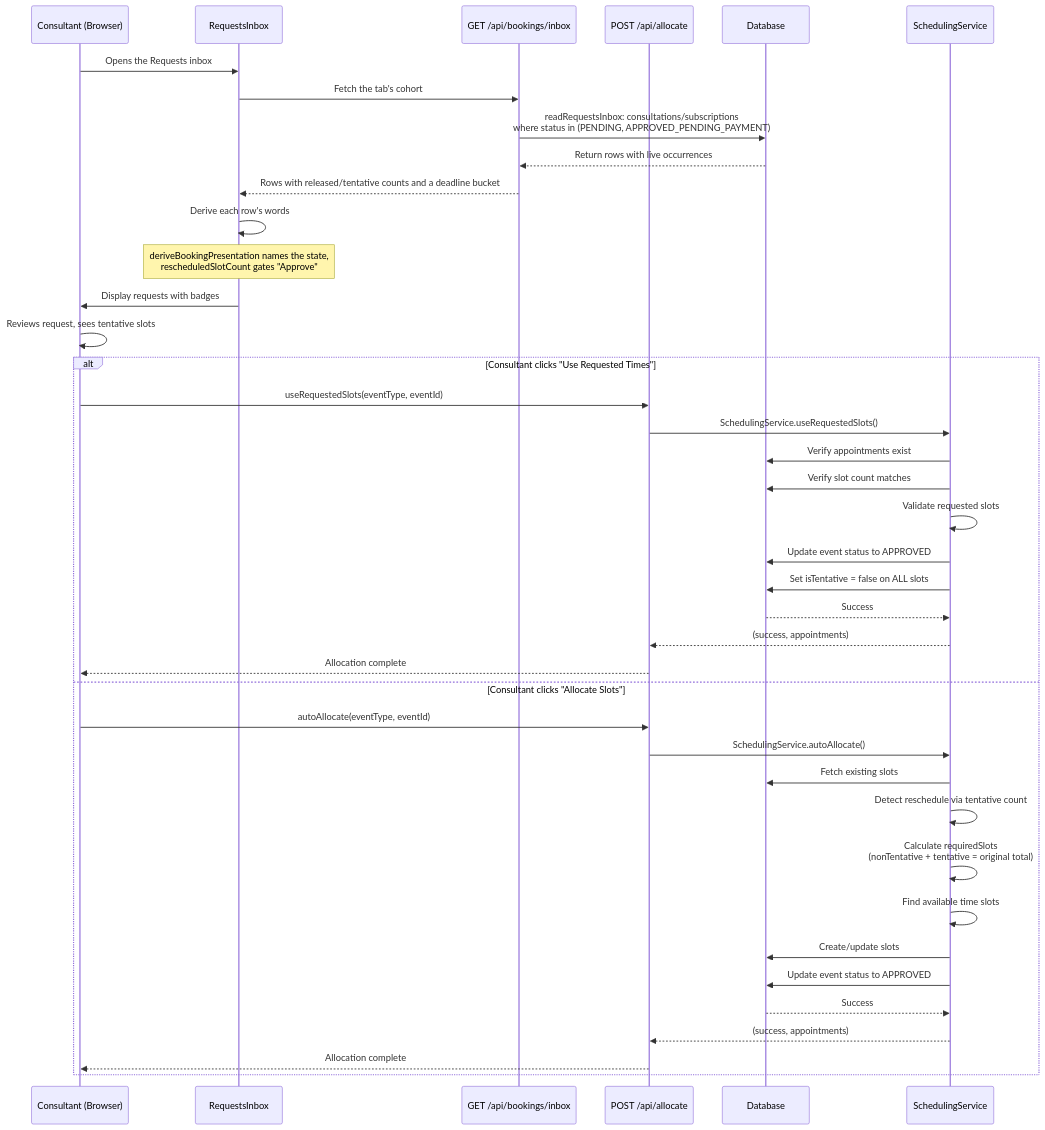
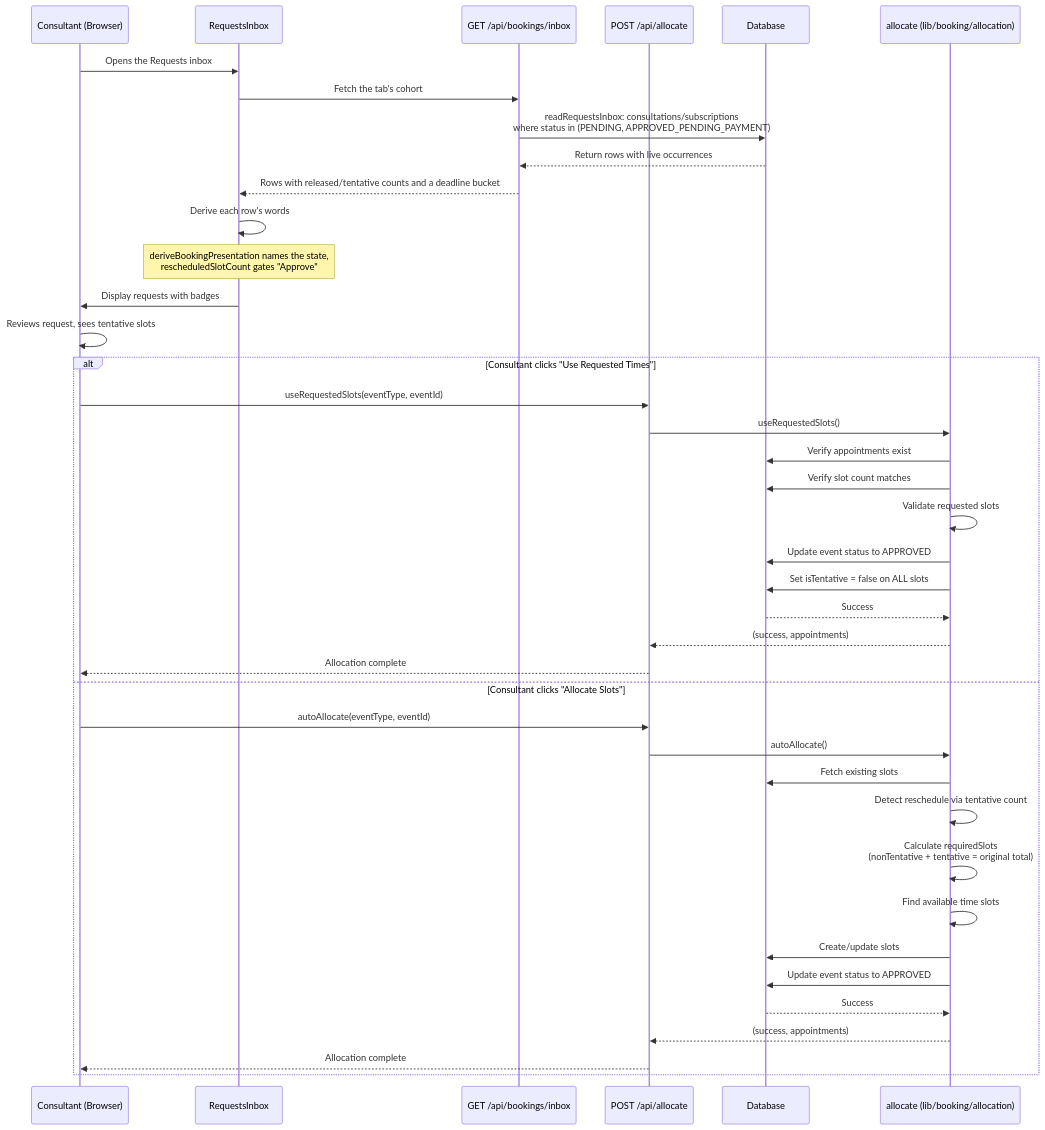
The third of 10 diagrams in docs/booking/07-rescheduling-flow.md (Practitionist/familiarise_web), drawn with Mermaid before and after one commit. The commit also changed other lines of this file and 78 other files, not shown here.

First line of the commit message:
docs(booking,payments): the docs and comments follow the allocation and checkout module split

````diff
--- a/docs/booking/07-rescheduling-flow.md
+++ b/docs/booking/07-rescheduling-flow.md
@@ -299,47 +299,47 @@
 ```mermaid
 sequenceDiagram
     participant Con as Consultant (Browser)
     participant Tab as RequestsInbox
     participant API_List as GET /api/bookings/inbox
     participant API_Alloc as POST /api/allocate
     participant DB as Database
-    participant Service as SchedulingService
+    participant Service as allocate (lib/booking/allocation)
 
     Con->>Tab: Opens the Requests inbox
     Tab->>API_List: Fetch the tab's cohort
     API_List->>DB: readRequestsInbox: consultations/subscriptions<br/>where status in (PENDING, APPROVED_PENDING_PAYMENT)
     DB-->>API_List: Return rows with live occurrences
     API_List-->>Tab: Rows with released/tentative counts and a deadline bucket
 
     Tab->>Tab: Derive each row's words
     Note over Tab: deriveBookingPresentation names the state,<br/>rescheduledSlotCount gates "Approve"
 
     Tab->>Con: Display requests with badges
 
     Con->>Con: Reviews request, sees tentative slots
 
     alt Consultant clicks "Use Requested Times"
         Con->>API_Alloc: useRequestedSlots(eventType, eventId)
-        API_Alloc->>Service: SchedulingService.useRequestedSlots()
+        API_Alloc->>Service: useRequestedSlots()
         Service->>DB: Verify appointments exist
         Service->>DB: Verify slot count matches
         Service->>Service: Validate requested slots
         Service->>DB: Update event status to APPROVED
         Service->>DB: Set isTentative = false on ALL slots
         DB-->>Service: Success
         Service-->>API_Alloc: (success, appointments)
         API_Alloc-->>Con: Allocation complete
     else Consultant clicks "Allocate Slots"
         Con->>API_Alloc: autoAllocate(eventType, eventId)
-        API_Alloc->>Service: SchedulingService.autoAllocate()
+        API_Alloc->>Service: autoAllocate()
         Service->>DB: Fetch existing slots
         Service->>Service: Detect reschedule via tentative count
         Service->>Service: Calculate requiredSlots<br/>(nonTentative + tentative = original total)
         Service->>Service: Find available time slots
         Service->>DB: Create/update slots
         Service->>DB: Update event status to APPROVED
         DB-->>Service: Success
         Service-->>API_Alloc: (success, appointments)
         API_Alloc-->>Con: Allocation complete
     end
 ```
````
